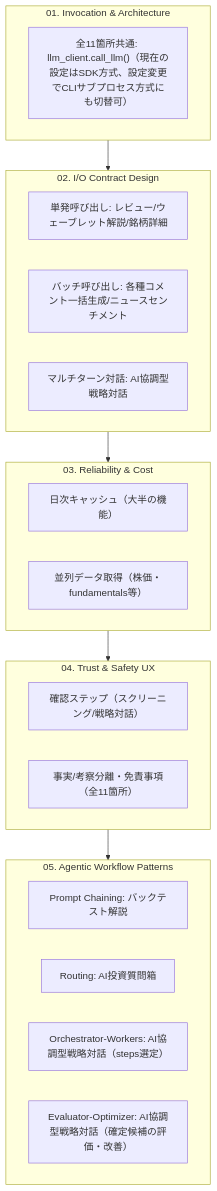
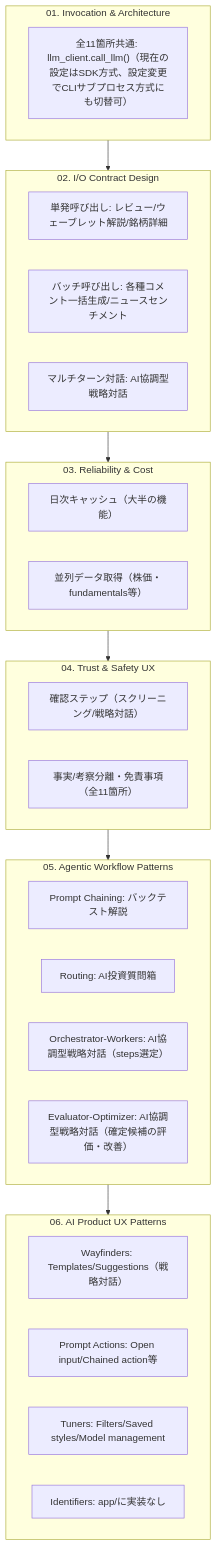
One commit to duwenji/genai-app-integration-tutorial changed the diagram in docs/07-real-world-case-study/01-case-study-map.md. Above: the diagram before and after it, drawn with Mermaid. The commit also changed other lines of this file and 38 other files, not shown here.

````diff
--- a/docs/07-real-world-case-study/01-case-study-map.md
+++ b/docs/07-real-world-case-study/01-case-study-map.md
@@ -109,27 +116,33 @@
 ```mermaid
 flowchart TB
     subgraph cat01["01. Invocation & Architecture"]
         c01n["全11箇所共通: llm_client.call_llm()（現在の設定はSDK方式、設定変更でCLIサブプロセス方式にも切替可）"]
     end
     subgraph cat02["02. I/O Contract Design"]
         c02a["単発呼び出し: レビュー/ウェーブレット解説/銘柄詳細"]
         c02b["バッチ呼び出し: 各種コメント一括生成/ニュースセンチメント"]
         c02c["マルチターン対話: AI協調型戦略対話"]
     end
     subgraph cat03["03. Reliability & Cost"]
         c03a["日次キャッシュ（大半の機能）"]
         c03b["並列データ取得（株価・fundamentals等）"]
     end
     subgraph cat04["04. Trust & Safety UX"]
         c04a["確認ステップ（スクリーニング/戦略対話）"]
         c04b["事実/考察分離・免責事項（全11箇所）"]
     end
     subgraph cat05["05. Agentic Workflow Patterns"]
         c05a["Prompt Chaining: バックテスト解説"]
         c05b["Routing: AI投資質問箱"]
         c05d["Orchestrator-Workers: AI協調型戦略対話（steps選定）"]
         c05c["Evaluator-Optimizer: AI協調型戦略対話（確定候補の評価・改善）"]
     end
+    subgraph cat06["06. AI Product UX Patterns"]
+        c06a["Wayfinders: Templates/Suggestions（戦略対話）"]
+        c06b["Prompt Actions: Open input/Chained action等"]
+        c06c["Tuners: Filters/Saved styles/Model management"]
+        c06d["Identifiers: app/に実装なし"]
+    end
 
-    cat01 --> cat02 --> cat03 --> cat04 --> cat05
+    cat01 --> cat02 --> cat03 --> cat04 --> cat05 --> cat06
 ```
````
